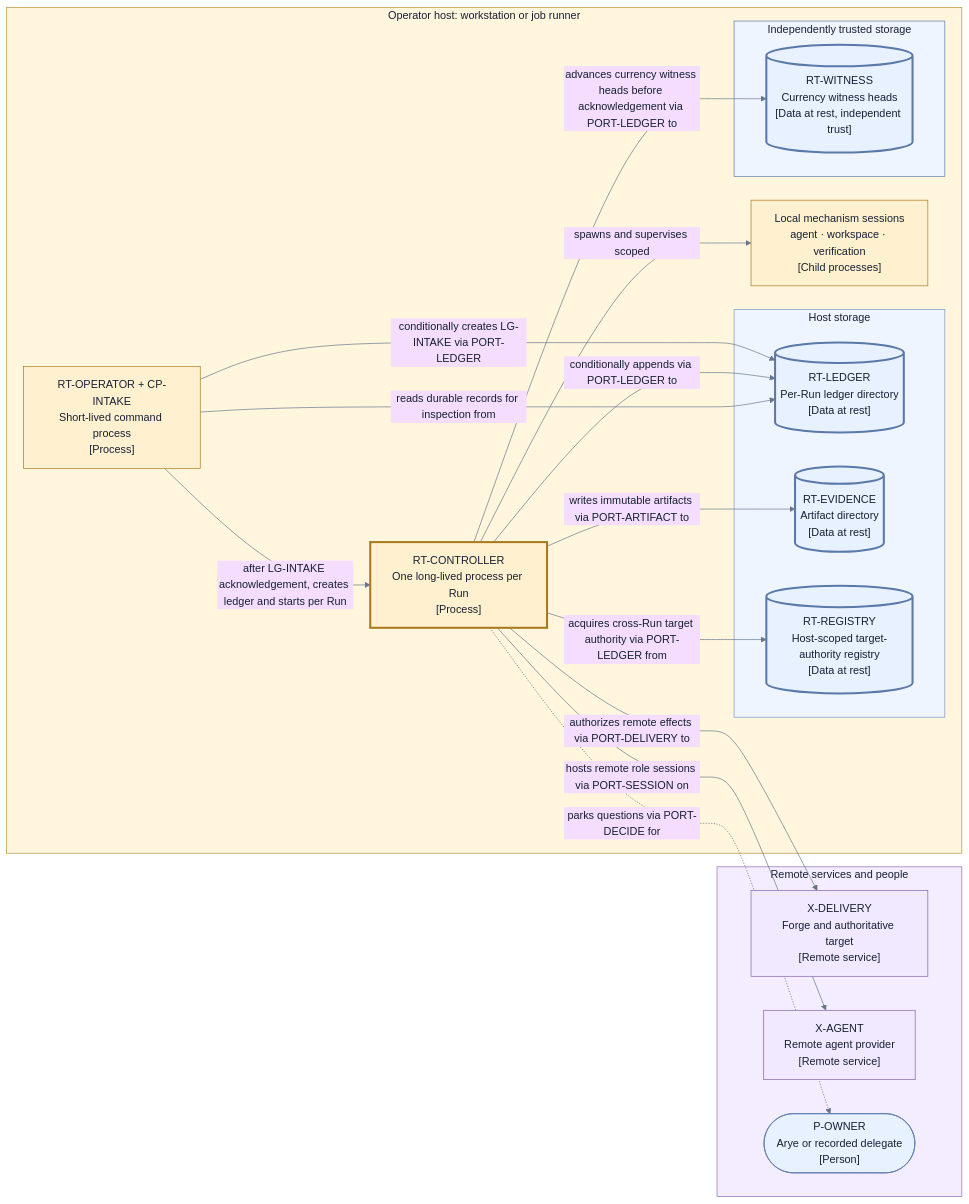
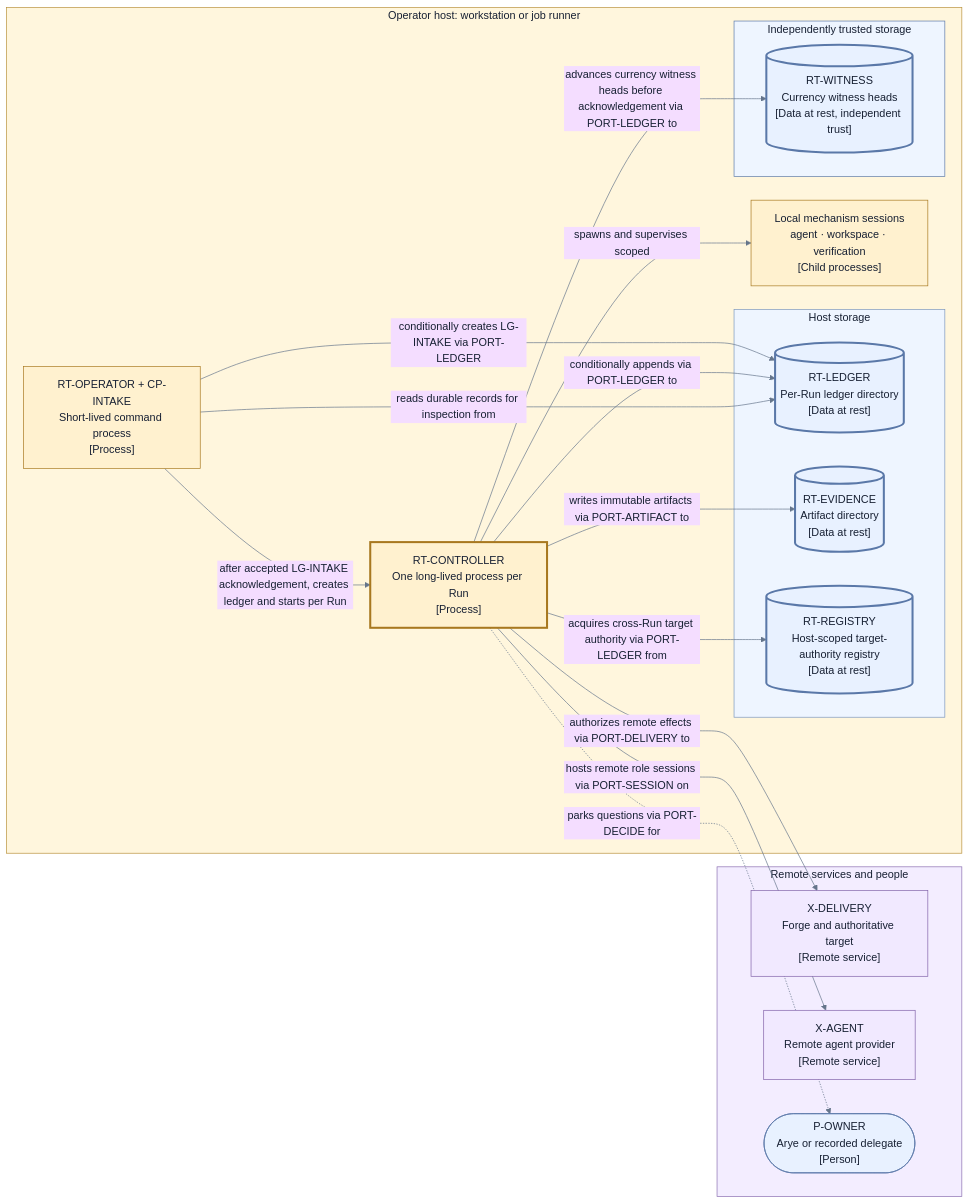
One commit to agentic-workflow-kit/jig changed the second of 2 diagrams in docs/redesign/design/runtime.md. Above: the diagram before and after it, drawn with Mermaid. The commit also changed other lines of this file and 21 other files, not shown here.

````diff
--- a/docs/redesign/design/runtime.md
+++ b/docs/redesign/design/runtime.md
@@ -263,50 +265,50 @@
 ```mermaid
 %%{init: {"theme": "base", "themeVariables": {"fontFamily": "Inter, ui-sans-serif, system-ui", "primaryTextColor": "#172033", "lineColor": "#65758b"}}}%%
 flowchart LR
     subgraph Host["Operator host: workstation or job runner"]
         OperatorP["RT-OPERATOR + CP-INTAKE<br/>Short-lived command process<br/>[Process]"]
         ControllerP["RT-CONTROLLER<br/>One long-lived process per Run<br/>[Process]"]
         MechanismP["Local mechanism sessions<br/>agent · workspace · verification<br/>[Child processes]"]
         subgraph HostStore["Host storage"]
             LedgerD[("RT-LEDGER<br/>Per-Run ledger directory<br/>[Data at rest]")]
             EvidenceD[("RT-EVIDENCE<br/>Artifact directory<br/>[Data at rest]")]
             RegistryD[("RT-REGISTRY<br/>Host-scoped target-authority registry<br/>[Data at rest]")]
         end
         subgraph IndepStore["Independently trusted storage"]
             WitnessD[("RT-WITNESS<br/>Currency witness heads<br/>[Data at rest, independent trust]")]
         end
     end
 
     subgraph Remote["Remote services and people"]
         Forge["X-DELIVERY<br/>Forge and authoritative target<br/>[Remote service]"]
         RemoteAgent["X-AGENT<br/>Remote agent provider<br/>[Remote service]"]
         OwnerR(["P-OWNER<br/>Arye or recorded delegate<br/>[Person]"])
     end
 
-    OperatorP -->|"after LG-INTAKE acknowledgement, creates ledger and starts per Run"| ControllerP
+    OperatorP -->|"after accepted LG-INTAKE acknowledgement, creates ledger and starts per Run"| ControllerP
     OperatorP -->|"conditionally creates LG-INTAKE via PORT-LEDGER"| LedgerD
     ControllerP -->|"spawns and supervises scoped"| MechanismP
     ControllerP -->|"conditionally appends via PORT-LEDGER to"| LedgerD
     ControllerP -->|"acquires cross-Run target authority via PORT-LEDGER from"| RegistryD
     ControllerP -->|"advances currency witness heads before acknowledgement via PORT-LEDGER to"| WitnessD
     ControllerP -->|"writes immutable artifacts via PORT-ARTIFACT to"| EvidenceD
     ControllerP -->|"authorizes remote effects via PORT-DELIVERY to"| Forge
     ControllerP -->|"hosts remote role sessions via PORT-SESSION on"| RemoteAgent
     ControllerP -.->|"parks questions via PORT-DECIDE for"| OwnerR
     OperatorP -->|"reads durable records for inspection from"| LedgerD
 
     style Host fill:#fff6dd,stroke:#b8903a,color:#172033
     style HostStore fill:#eef5ff,stroke:#7a96bd,color:#172033
     style Remote fill:#f3edff,stroke:#8a6eb0,color:#172033
     classDef process fill:#fff1cf,stroke:#a8781f,color:#172033
     classDef control fill:#fff1cf,stroke:#a8781f,stroke-width:3px,color:#172033
     classDef rest fill:#e8f1ff,stroke:#5a78a8,stroke-width:3px,color:#172033
     classDef remote fill:#f1e9ff,stroke:#8061a8,color:#172033
     classDef person fill:#e8f1ff,stroke:#5a78a8,color:#172033
     class OperatorP,MechanismP process
     class ControllerP control
     class LedgerD,EvidenceD,RegistryD,WitnessD rest
     style IndepStore fill:#eef5ff,stroke:#5a78a8,color:#172033
     class Forge,RemoteAgent remote
     class OwnerR person
 ```
````
